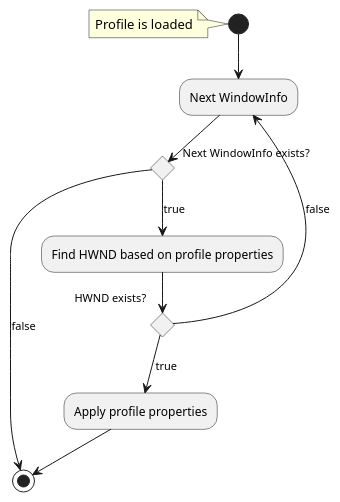
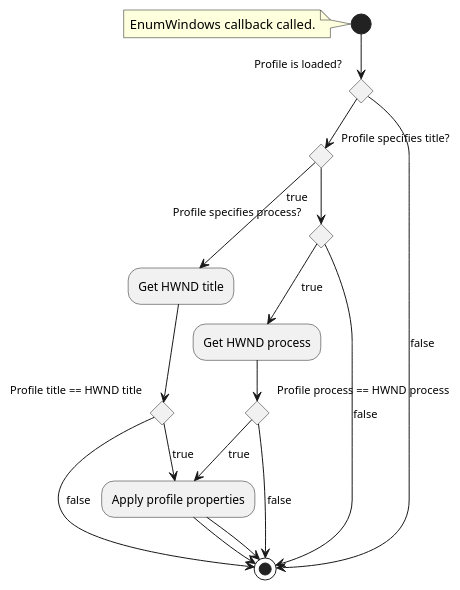
One commit to erichschroeter/wlm changed the diagram in docs/design/apply_profile_action_diagram.puml. Above: the diagram before and after it, drawn with PlantUML.

Commit message:
updated apply profile action diagram

```diff
--- a/docs/design/apply_profile_action_diagram.puml
+++ b/docs/design/apply_profile_action_diagram.puml
@@ -1,20 +1,33 @@
 @startuml "Applying a profile"
 
 note left
-    Profile is loaded
+    EnumWindows callback called.
 end note
 
-(*) --> "Next WindowInfo"
-if "Next WindowInfo exists?"
-    -->[true] "Find HWND based on profile properties"
-    if "HWND exists?" then
-        -->[true] "Apply profile properties"
-        --> (*)
+(*) --> if "Profile is loaded?" then
+    if "Profile specifies title?" then
+        -->[true] "Get HWND title"
+        if "Profile title == HWND title" then
+            -->[true] "Apply profile properties"
+            --> (*)
+        else
+            -->[false] (*)
+        endif
     else
-        -->[false] "Next WindowInfo"
+        if "Profile specifies process?" then
+            -->[true] "Get HWND process"
+            if "Profile process == HWND process" then
+                -->[true] "Apply profile properties"
+                --> (*)
+            else
+                -->[false] (*)
+            endif
+        else
+            -->[false] (*)
+        endif
     endif
 else
     -->[false] (*)
 endif
 
 @enduml
```
